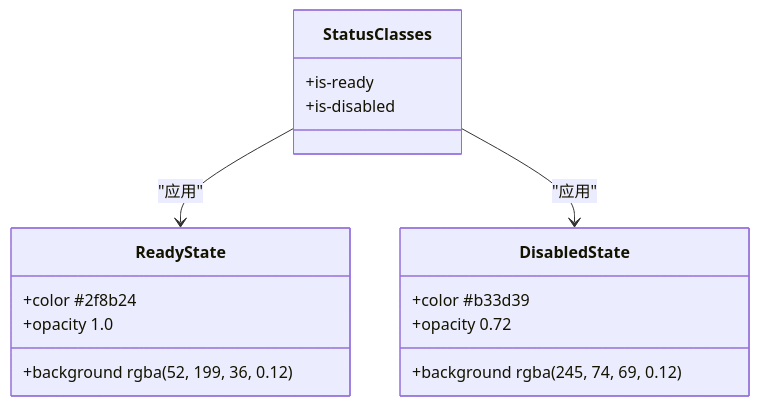
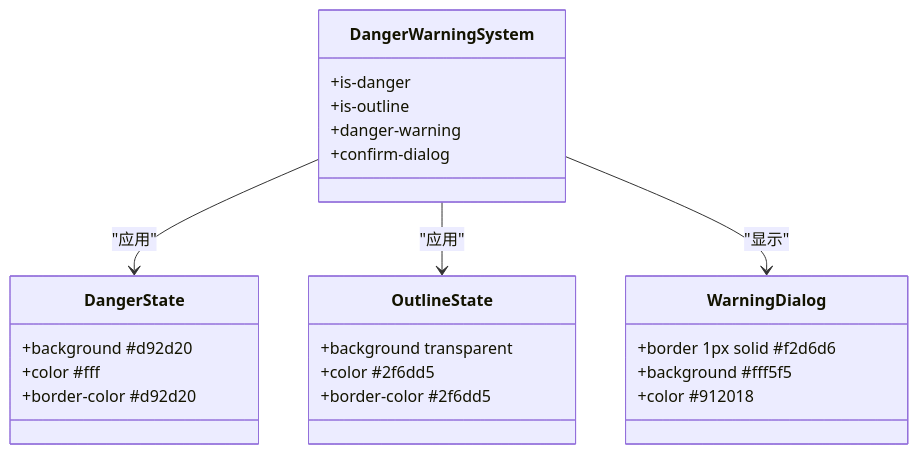
Before and after one commit to terwer/siyuan-plugin-publisher: the tenth of 12 diagrams in .qoder/repowiki/zh/content/用户界面组件/发布组件/V2 平台卡片组件.md, drawn with Mermaid. The commit also changed other lines of this file and 16 other files, not shown here.

````diff
--- a/.qoder/repowiki/zh/content/用户界面组件/发布组件/V2 平台卡片组件.md
+++ b/.qoder/repowiki/zh/content/用户界面组件/发布组件/V2 平台卡片组件.md
@@ -377,19 +494,27 @@
 ```mermaid
 classDiagram
-class StatusClasses {
-+is-ready
-+is-disabled
+class DangerWarningSystem {
++is-danger
++is-outline
++danger-warning
++confirm-dialog
 }
-class ReadyState {
-+background rgba(52, 199, 36, 0.12)
-+color #2f8b24
-+opacity 1.0
+class DangerState {
++background #d92d20
++color #fff
++border-color #d92d20
 }
-class DisabledState {
-+background rgba(245, 74, 69, 0.12)
-+color #b33d39
-+opacity 0.72
+class OutlineState {
++background transparent
++color #2f6dd5
++border-color #2f6dd5
 }
-StatusClasses --> ReadyState : "应用"
-StatusClasses --> DisabledState : "应用"
+class WarningDialog {
++border 1px solid #f2d6d6
++background #fff5f5
++color #912018
+}
+DangerWarningSystem --> DangerState : "应用"
+DangerWarningSystem --> OutlineState : "应用"
+DangerWarningSystem --> WarningDialog : "显示"
 ```
````
